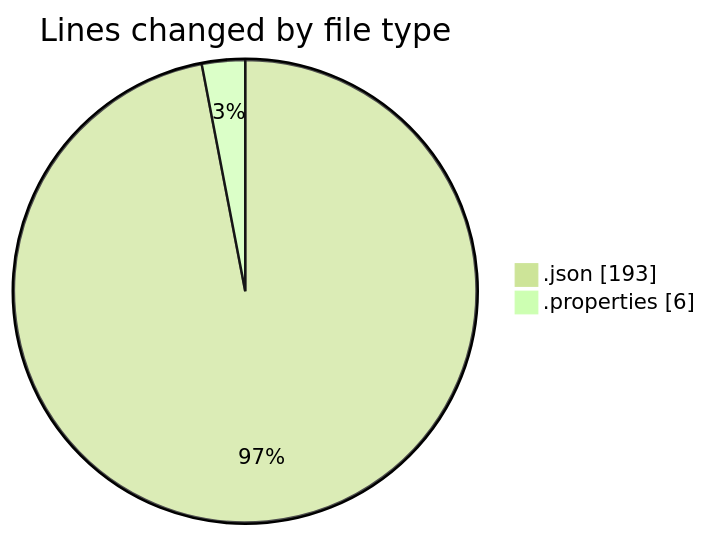
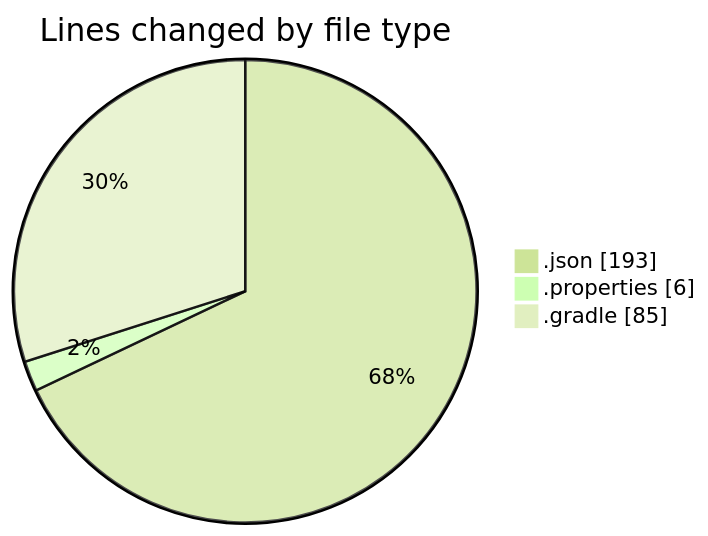
The first of 2 diagrams in 2025-08-19/trackers_app/README.md (donsfak/code-tracking), drawn with Mermaid (forest theme) before and after one commit. The commit also changed other lines of this file and 1 other file, not shown here.

````diff
--- a/2025-08-19/trackers_app/README.md
+++ b/2025-08-19/trackers_app/README.md
@@ -21,6 +23,7 @@
 ```mermaid
 pie showData
 title Lines changed by file type
 ".json" : 193
 ".properties" : 6
+".gradle" : 85
 ```
````
